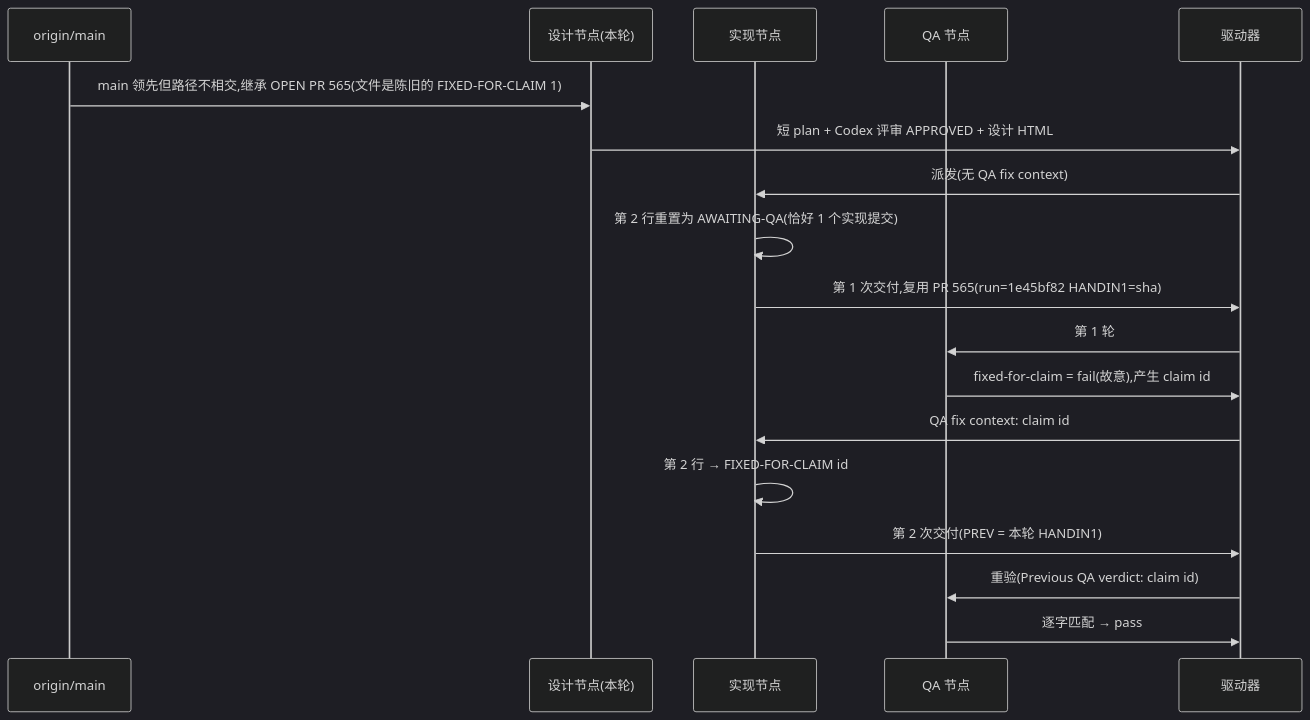
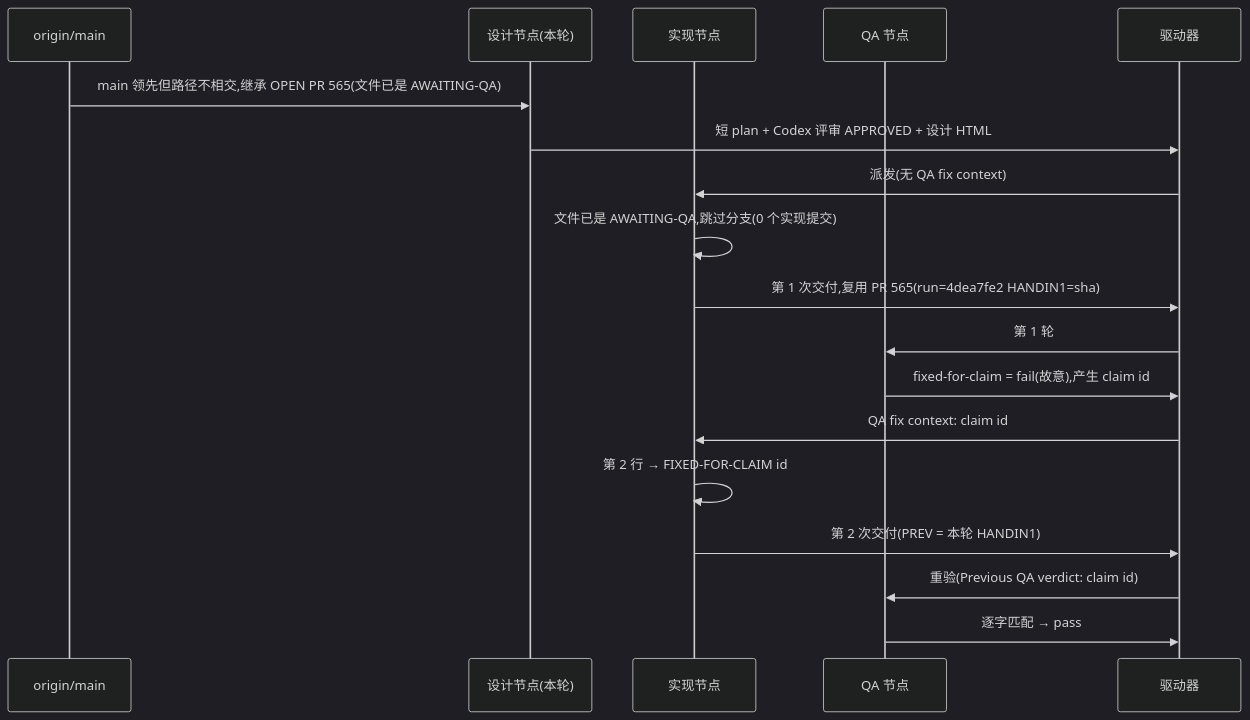
The diagram in engineering/doc/FLY-3150-real-runner-drill/d1-core-flow.mmd (xrliAnnie/flywheel-qa-sandbox), drawn with Mermaid (dark theme) before and after one commit. The commit also changed 3 other files, not shown here.

Commit message:
docs(FLY-3150): design review and founder HTML for run 4dea7fe2

```diff
--- a/engineering/doc/FLY-3150-real-runner-drill/d1-core-flow.mmd
+++ b/engineering/doc/FLY-3150-real-runner-drill/d1-core-flow.mmd
@@ -1,18 +1,18 @@
 sequenceDiagram
     participant M as origin/main
     participant S as 设计节点(本轮)
     participant I as 实现节点
     participant Q as QA 节点
     participant D as 驱动器
-    M->>S: main 领先但路径不相交,继承 OPEN PR 565(文件是陈旧的 FIXED-FOR-CLAIM 1)
+    M->>S: main 领先但路径不相交,继承 OPEN PR 565(文件已是 AWAITING-QA)
     S->>D: 短 plan + Codex 评审 APPROVED + 设计 HTML
     D->>I: 派发(无 QA fix context)
-    I->>I: 第 2 行重置为 AWAITING-QA(恰好 1 个实现提交)
-    I->>D: 第 1 次交付,复用 PR 565(run=1e45bf82 HANDIN1=sha)
+    I->>I: 文件已是 AWAITING-QA,跳过分支(0 个实现提交)
+    I->>D: 第 1 次交付,复用 PR 565(run=4dea7fe2 HANDIN1=sha)
     D->>Q: 第 1 轮
     Q->>D: fixed-for-claim = fail(故意),产生 claim id
     D->>I: QA fix context: claim id
     I->>I: 第 2 行 → FIXED-FOR-CLAIM id
     I->>D: 第 2 次交付(PREV = 本轮 HANDIN1)
     D->>Q: 重验(Previous QA verdict: claim id)
     Q->>D: 逐字匹配 → pass
```
